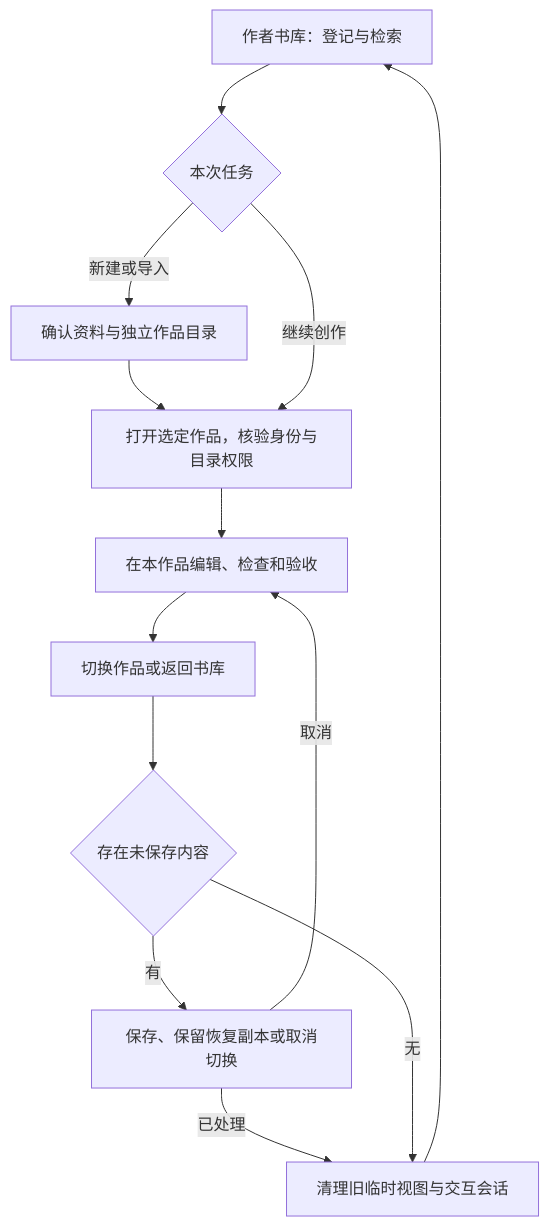
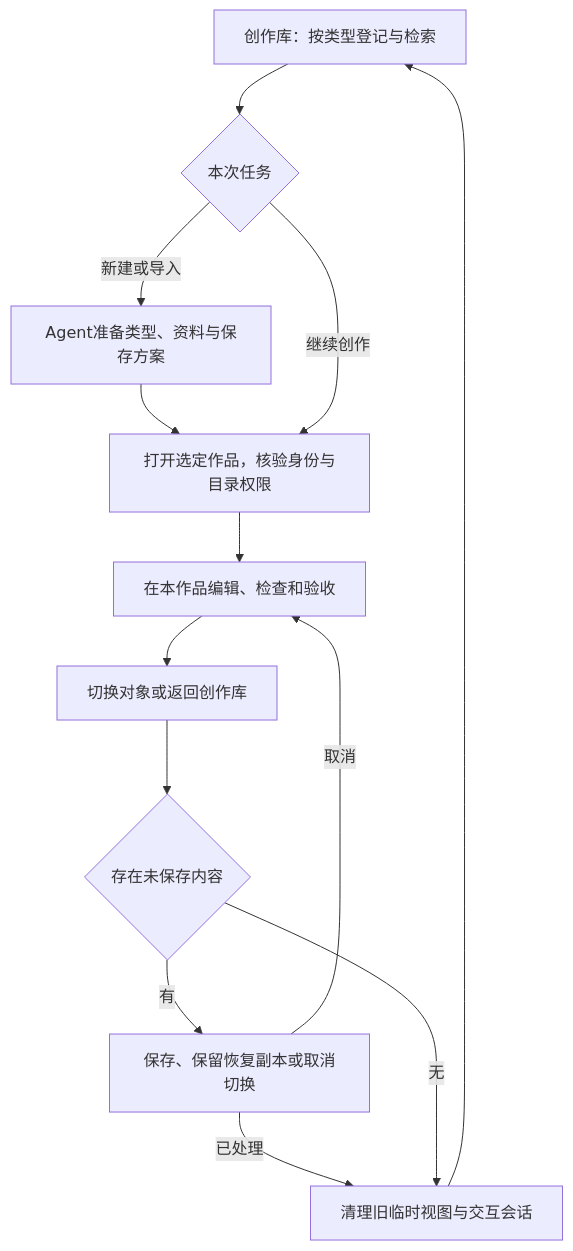
Before and after one commit to limecloud/hetu: diagram 16 of 54 in docs/23-业务流程与MCP时序.md, drawn with Mermaid. The commit also changed other lines of this file and 798 other files, not shown here.

````diff
--- a/docs/23-业务流程与MCP时序.md
+++ b/docs/23-业务流程与MCP时序.md
@@ -446,15 +447,15 @@
 ```mermaid
 flowchart TD
-    library["作者书库：登记与检索"] --> choose{"本次任务"}
-    choose -->|"新建或导入"| create["确认资料与独立作品目录"]
+    library["创作库：按类型登记与检索"] --> choose{"本次任务"}
+    choose -->|"新建或导入"| create["Agent准备类型、资料与保存方案"]
     create --> open["打开选定作品，核验身份与目录权限"]
     choose -->|"继续创作"| open
     open --> work["在本作品编辑、检查和验收"]
-    work --> switch["切换作品或返回书库"]
+    work --> switch["切换对象或返回创作库"]
     switch --> buffer{"存在未保存内容"}
     buffer -->|"有"| resolve["保存、保留恢复副本或取消切换"]
     resolve -->|"取消"| work
     resolve -->|"已处理"| clear["清理旧临时视图与交互会话"]
     buffer -->|"无"| clear
     clear --> library
 ```
````
